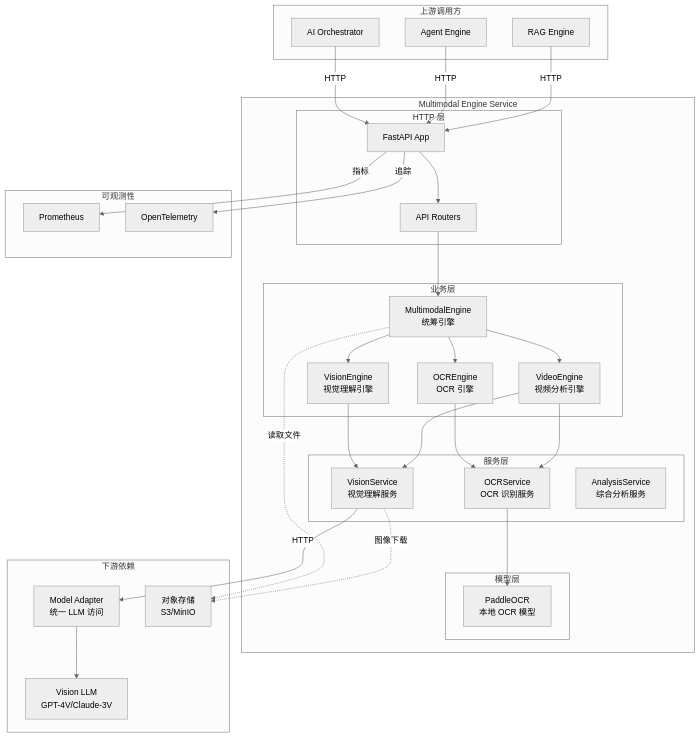
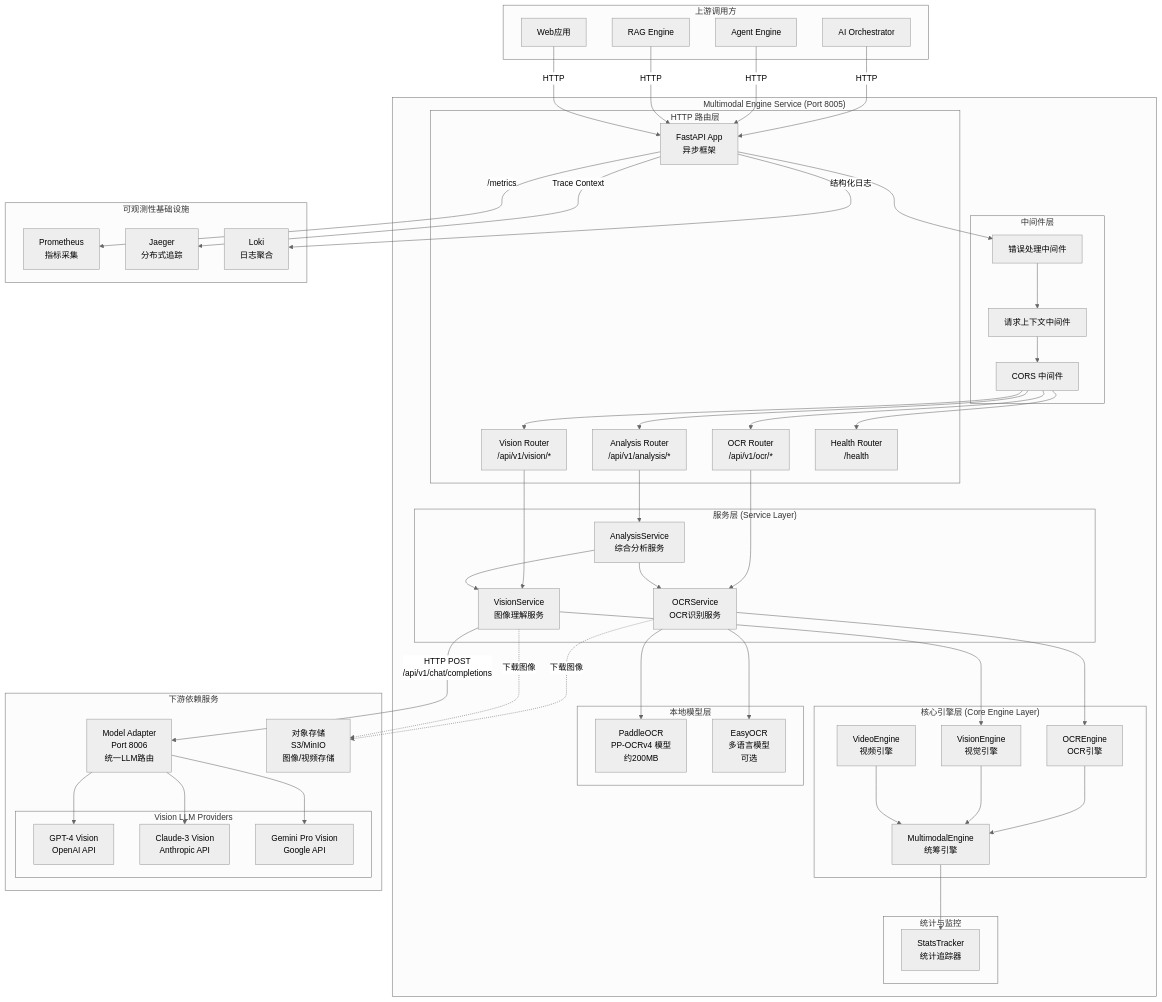
One commit to haoyunlt/VoiceAssistant changed the first of 6 diagrams in docs/VoiceAssistant-11-Multimodal-Engine.md. Above: the diagram before and after it, drawn with Mermaid (neutral theme). The commit also changed other lines of this file and 161 other files, not shown here.

````diff
--- a/docs/VoiceAssistant-11-Multimodal-Engine.md
+++ b/docs/VoiceAssistant-11-Multimodal-Engine.md
@@ -71,66 +86,105 @@
         AIOrch[AI Orchestrator]
         AgentEng[Agent Engine]
         RAGEng[RAG Engine]
+        WebApp[Web应用]
     end
 
-    subgraph "Multimodal Engine Service"
-        subgraph "HTTP 层"
-            FastAPI[FastAPI App]
-            Router[API Routers]
+    subgraph "Multimodal Engine Service (Port 8005)"
+        subgraph "HTTP 路由层"
+            FastAPI[FastAPI App<br/>异步框架]
+            OCRRouter[OCR Router<br/>/api/v1/ocr/*]
+            VisionRouter[Vision Router<br/>/api/v1/vision/*]
+            AnalysisRouter[Analysis Router<br/>/api/v1/analysis/*]
+            HealthRouter[Health Router<br/>/health]
         end
 
-        subgraph "业务层"
-            MMEngine[MultimodalEngine<br/>统筹引擎]
-            OCREngine[OCREngine<br/>OCR 引擎]
-            VisionEngine[VisionEngine<br/>视觉理解引擎]
-            VideoEngine[VideoEngine<br/>视频分析引擎]
+        subgraph "中间件层"
+            ErrorHandler[错误处理中间件]
+            RequestContext[请求上下文中间件]
+            CORS[CORS 中间件]
         end
 
-        subgraph "服务层"
-            OCRService[OCRService<br/>OCR 识别服务]
-            VisionService[VisionService<br/>视觉理解服务]
+        subgraph "服务层 (Service Layer)"
+            OCRService[OCRService<br/>OCR识别服务]
+            VisionService[VisionService<br/>图像理解服务]
             AnalysisService[AnalysisService<br/>综合分析服务]
         end
 
-        subgraph "模型层"
-            PaddleOCR[PaddleOCR<br/>本地 OCR 模型]
+        subgraph "核心引擎层 (Core Engine Layer)"
+            MMEngine[MultimodalEngine<br/>统筹引擎]
+            OCREngine[OCREngine<br/>OCR引擎]
+            VisionEngine[VisionEngine<br/>视觉引擎]
+            VideoEngine[VideoEngine<br/>视频引擎]
+        end
+
+        subgraph "统计与监控"
+            StatsTracker[StatsTracker<br/>统计追踪器]
+        end
+
+        subgraph "本地模型层"
+            PaddleOCR[PaddleOCR<br/>PP-OCRv4 模型<br/>约200MB]
+            EasyOCR[EasyOCR<br/>多语言模型<br/>可选]
         end
     end
 
-    subgraph "下游依赖"
-        ModelAdapter[Model Adapter<br/>统一 LLM 访问]
-        Storage[对象存储<br/>S3/MinIO]
-        VisionLLM[Vision LLM<br/>GPT-4V/Claude-3V]
+    subgraph "下游依赖服务"
+        ModelAdapter[Model Adapter<br/>Port 8006<br/>统一LLM路由]
+        Storage[对象存储<br/>S3/MinIO<br/>图像/视频存储]
+
+        subgraph "Vision LLM Providers"
+            GPT4V[GPT-4 Vision<br/>OpenAI API]
+            Claude3V[Claude-3 Vision<br/>Anthropic API]
+            GeminiV[Gemini Pro Vision<br/>Google API]
+        end
     end
 
-    subgraph "可观测性"
-        Prometheus[Prometheus]
-        OpenTelemetry[OpenTelemetry]
+    subgraph "可观测性基础设施"
+        Prometheus[Prometheus<br/>指标采集]
+        Jaeger[Jaeger<br/>分布式追踪]
+        Loki[Loki<br/>日志聚合]
     end
 
     AIOrch -->|HTTP| FastAPI
     AgentEng -->|HTTP| FastAPI
     RAGEng -->|HTTP| FastAPI
+    WebApp -->|HTTP| FastAPI
 
-    FastAPI --> Router
-    Router --> MMEngine
+    FastAPI --> ErrorHandler
+    ErrorHandler --> RequestContext
+    RequestContext --> CORS
 
-    MMEngine --> OCREngine
-    MMEngine --> VisionEngine
-    MMEngine --> VideoEngine
+    CORS --> OCRRouter
+    CORS --> VisionRouter
+    CORS --> AnalysisRouter
+    CORS --> HealthRouter
 
-    OCREngine --> OCRService
-    VisionEngine --> VisionService
-    VideoEngine --> VisionService
-    VideoEngine --> OCRService
+    OCRRouter --> OCRService
+    VisionRouter --> VisionService
+    AnalysisRouter --> AnalysisService
+
+    OCRService --> OCREngine
+    VisionService --> VisionEngine
+    AnalysisService --> OCRService
+    AnalysisService --> VisionService
+
+    OCREngine --> MMEngine
+    VisionEngine --> MMEngine
+    VideoEngine --> MMEngine
+
+    MMEngine --> StatsTracker
 
     OCRService --> PaddleOCR
-    VisionService -->|HTTP| ModelAdapter
-    ModelAdapter --> VisionLLM
+    OCRService --> EasyOCR
 
-    MMEngine -.->|读取文件| Storage
-    VisionService -.->|图像下载| Storage
+    VisionService -->|HTTP POST<br/>/api/v1/chat/completions| ModelAdapter
+    ModelAdapter --> GPT4V
+    ModelAdapter --> Claude3V
+    ModelAdapter --> GeminiV
 
-    FastAPI -->|指标| Prometheus
-    FastAPI -->|追踪| OpenTelemetry
+    OCRService -.->|下载图像| Storage
+    VisionService -.->|下载图像| Storage
+
+    FastAPI -->|/metrics| Prometheus
+    FastAPI -->|Trace Context| Jaeger
+    FastAPI -->|结构化日志| Loki
 ```
````
